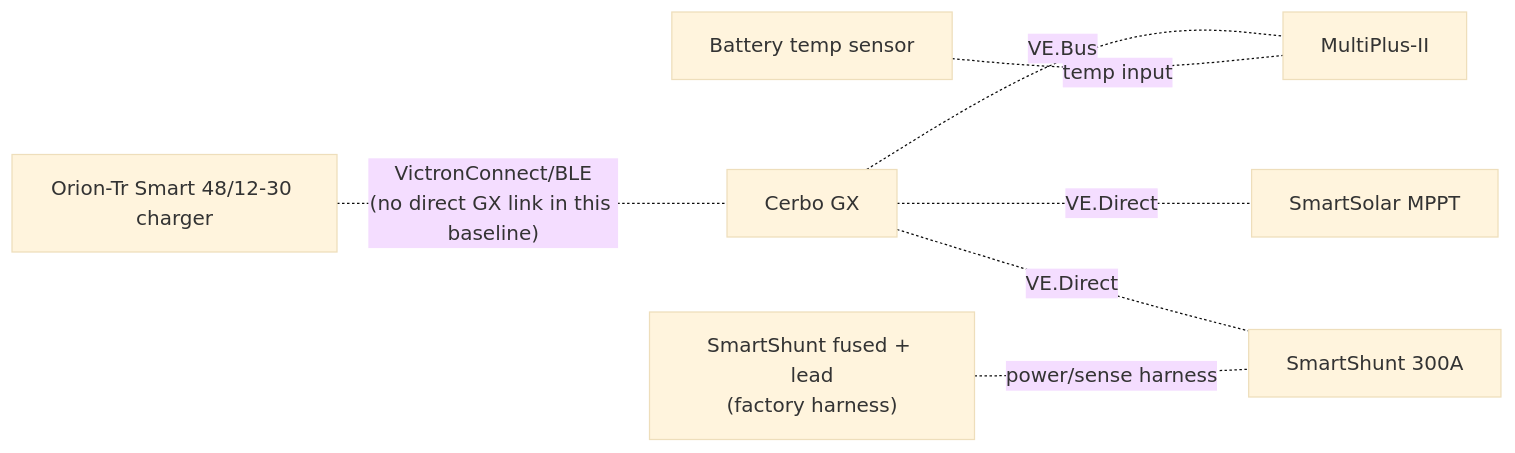
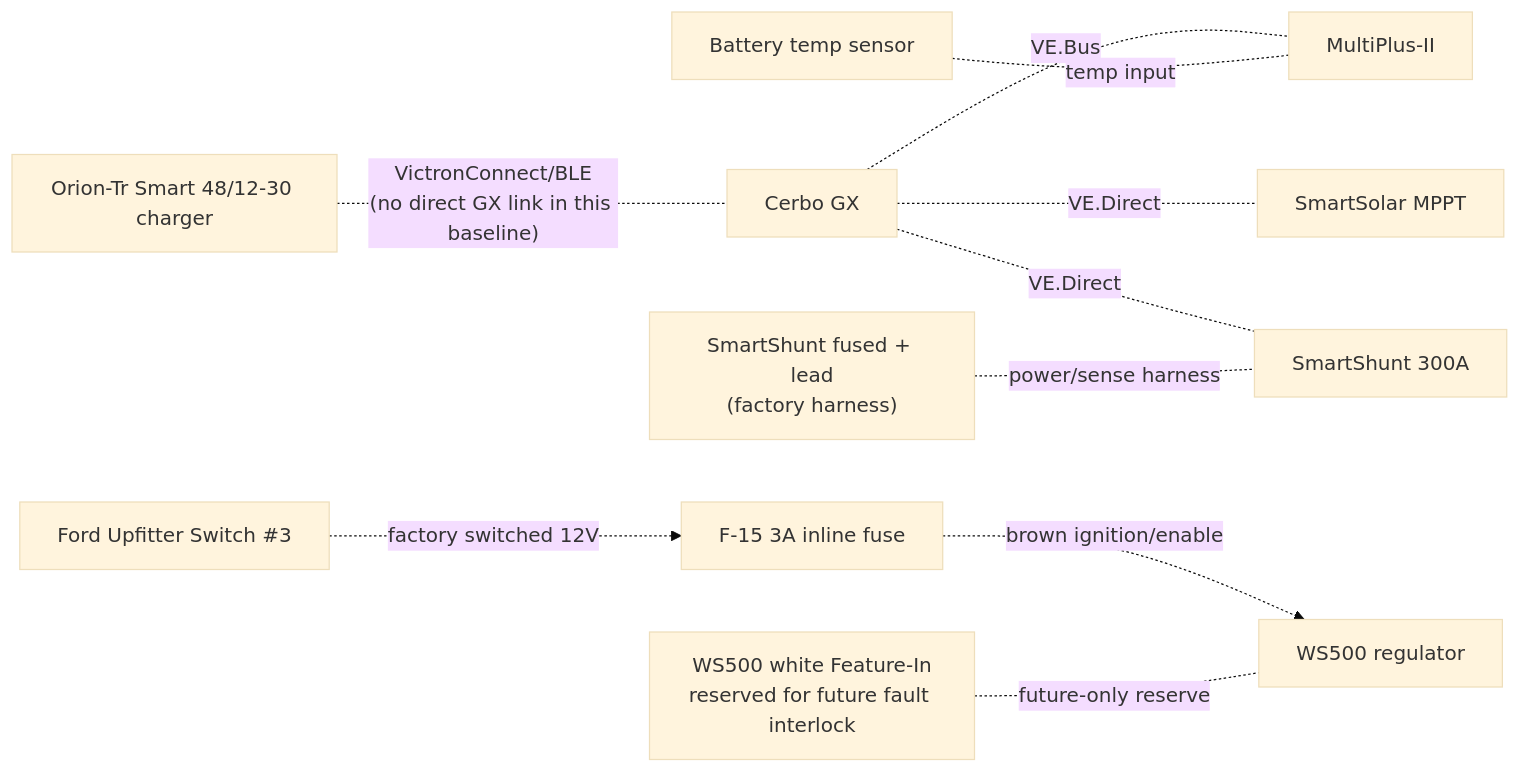
One commit to DataDaneDev/HiatusBuild changed the diagram in docs/pdf_exports/assets/ELECTRICAL_overview_diagram/diagram-04.mmd. Above: the diagram before and after it, drawn with Mermaid (base theme). The commit also changed 37 other files, not shown here.

```diff
--- a/docs/pdf_exports/assets/ELECTRICAL_overview_diagram/diagram-04.mmd
+++ b/docs/pdf_exports/assets/ELECTRICAL_overview_diagram/diagram-04.mmd
@@ -1,15 +1,21 @@
 flowchart LR
     CERBO["Cerbo GX"]
     MULTI["MultiPlus-II"]
     MPPT["SmartSolar MPPT"]
     SHUNT["SmartShunt 300A"]
     ORION["Orion-Tr Smart 48/12-30 charger"]
     BTEMP["Battery temp sensor"]
     SHUNT_PWR["SmartShunt fused + lead\n(factory harness)"]
+    UP3["Ford Upfitter Switch #3"]
+    F15["F-15 3A inline fuse"]
+    WS500["WS500 regulator"]
+    FEAT["WS500 white Feature-In\nreserved for future fault interlock"]
 
     CERBO -. "VE.Bus" .- MULTI
     CERBO -. "VE.Direct" .- MPPT
     CERBO -. "VE.Direct" .- SHUNT
     ORION -. "VictronConnect/BLE\n(no direct GX link in this baseline)" .- CERBO
     BTEMP -. "temp input" .- MULTI
     SHUNT_PWR -. "power/sense harness" .- SHUNT
+    UP3 -. "factory switched 12V" .-> F15 -. "brown ignition/enable" .-> WS500
+    FEAT -. "future-only reserve" .- WS500
```
